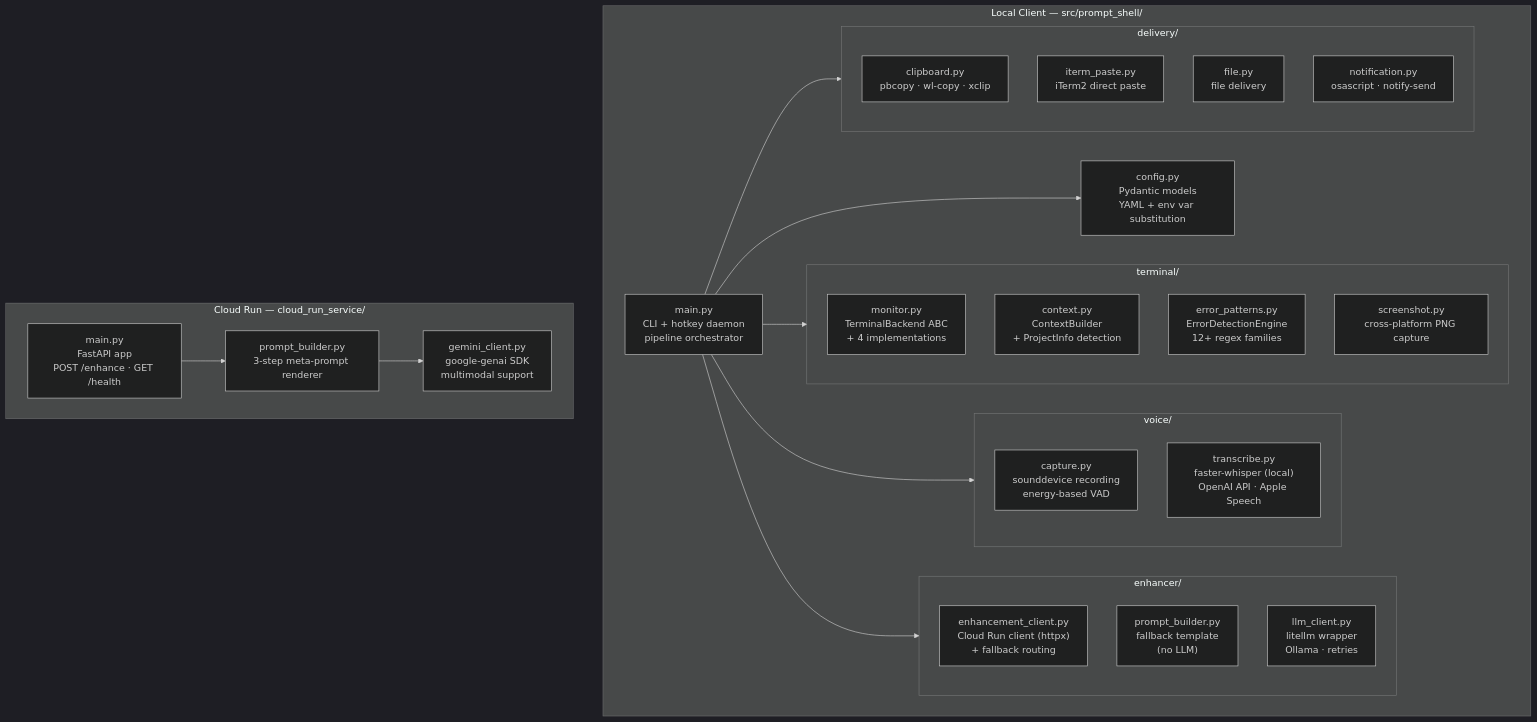
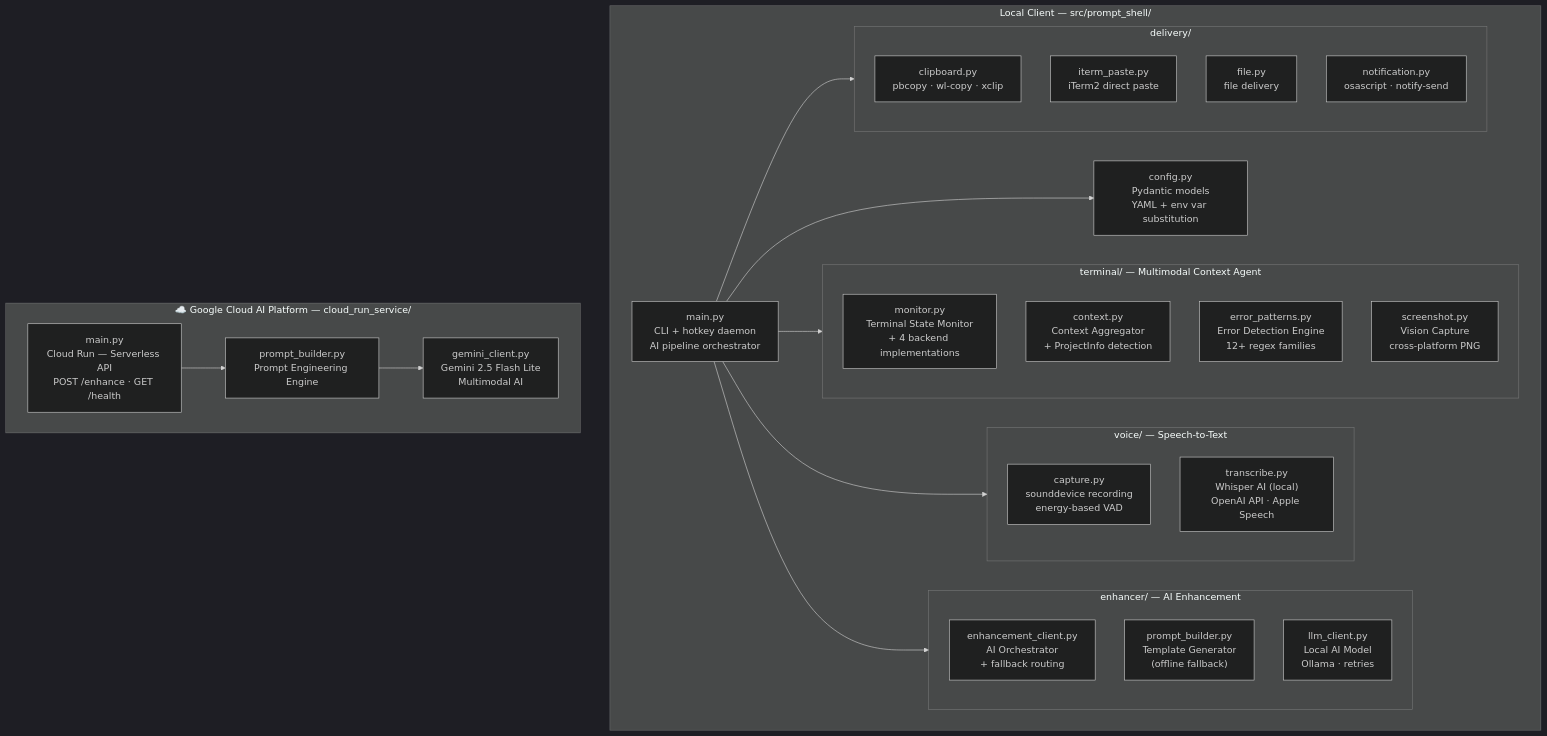
Before and after one commit to VinnyBabuManjaly/PromptShell: the ninth of 9 diagrams in docs/system_design.md, drawn with Mermaid (dark theme). The commit also changed other lines of this file and 5 other files, not shown here.

First line of the commit message:
Update documentation with enhanced architecture diagrams and improved terminology

````diff
--- a/docs/system_design.md
+++ b/docs/system_design.md
@@ -374,42 +374,42 @@
 ```mermaid
 flowchart TD
     subgraph LOCAL2["Local Client — src/prompt_shell/"]
-        M["main.py<br/>CLI + hotkey daemon<br/>pipeline orchestrator"]
+        M["main.py<br/>CLI + hotkey daemon<br/>AI pipeline orchestrator"]
 
-        subgraph T["terminal/"]
-            MON["monitor.py<br/>TerminalBackend ABC<br/>+ 4 implementations"]
-            CTX["context.py<br/>ContextBuilder<br/>+ ProjectInfo detection"]
-            ERR["error_patterns.py<br/>ErrorDetectionEngine<br/>12+ regex families"]
-            SSHOT["screenshot.py<br/>cross-platform PNG capture"]
+        subgraph T["terminal/ — Multimodal Context Agent"]
+            MON["monitor.py<br/>Terminal State Monitor<br/>+ 4 backend implementations"]
+            CTX["context.py<br/>Context Aggregator<br/>+ ProjectInfo detection"]
+            ERR["error_patterns.py<br/>Error Detection Engine<br/>12+ regex families"]
+            SSHOT["screenshot.py<br/>Vision Capture<br/>cross-platform PNG"]
         end
 
-        subgraph VO["voice/"]
+        subgraph VO["voice/ — Speech-to-Text"]
             CAP["capture.py<br/>sounddevice recording<br/>energy-based VAD"]
-            TRN["transcribe.py<br/>faster-whisper (local)<br/>OpenAI API · Apple Speech"]
+            TRN["transcribe.py<br/>Whisper AI (local)<br/>OpenAI API · Apple Speech"]
         end
 
-        subgraph EN["enhancer/"]
-            ECLI["enhancement_client.py<br/>Cloud Run client (httpx)<br/>+ fallback routing"]
-            PBL["prompt_builder.py<br/>fallback template<br/>(no LLM)"]
-            LC2["llm_client.py<br/>litellm wrapper<br/>Ollama · retries"]
+        subgraph EN["enhancer/ — AI Enhancement"]
+            ECLI["enhancement_client.py<br/>AI Orchestrator<br/>+ fallback routing"]
+            PBL["prompt_builder.py<br/>Template Generator<br/>(offline fallback)"]
+            LC2["llm_client.py<br/>Local AI Model<br/>Ollama · retries"]
         end
 
         subgraph DV["delivery/"]
             CLP["clipboard.py<br/>pbcopy · wl-copy · xclip"]
             ITP["iterm_paste.py<br/>iTerm2 direct paste"]
             FIL["file.py<br/>file delivery"]
             NOT["notification.py<br/>osascript · notify-send"]
         end
 
         CFG["config.py<br/>Pydantic models<br/>YAML + env var substitution"]
     end
 
-    subgraph CRS["Cloud Run — cloud_run_service/"]
-        CRMAIN["main.py<br/>FastAPI app<br/>POST /enhance · GET /health"]
-        CRPB["prompt_builder.py<br/>3-step meta-prompt renderer"]
-        CRGC["gemini_client.py<br/>google-genai SDK<br/>multimodal support"]
+    subgraph CRS["☁️ Google Cloud AI Platform — cloud_run_service/"]
+        CRMAIN["main.py<br/>Cloud Run — Serverless API<br/>POST /enhance · GET /health"]
+        CRPB["prompt_builder.py<br/>Prompt Engineering Engine"]
+        CRGC["gemini_client.py<br/>Gemini 2.5 Flash Lite<br/>Multimodal AI"]
     end
 
     M --> T & VO & EN & DV & CFG
     CRMAIN --> CRPB --> CRGC
 ```
````
